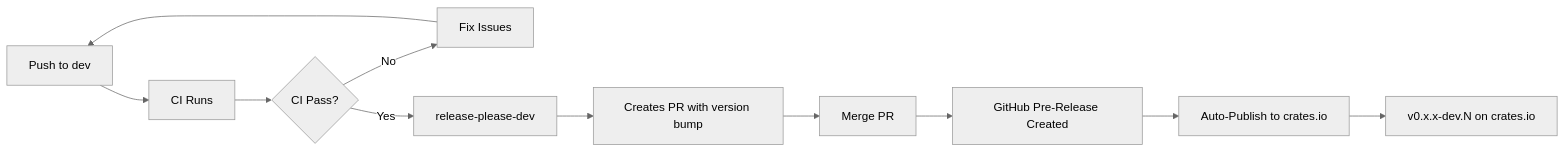
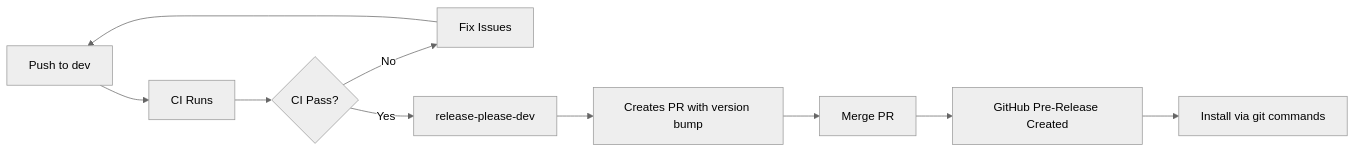
One commit to cpjet64/rappct changed the first of 2 diagrams in WORKFLOW.md. Above: the diagram before and after it, drawn with Mermaid (neutral theme). The commit also changed other lines of this file and 3 other files, not shown here.

First line of the commit message:
docs: remove dev publishing to crates.io, switch to git-only distribution

````diff
--- a/WORKFLOW.md
+++ b/WORKFLOW.md
@@ -27,13 +27,12 @@
 ```mermaid
 graph LR
     A[Push to dev] --> B[CI Runs]
     B --> C{CI Pass?}
     C -->|No| D[Fix Issues]
     D --> A
     C -->|Yes| E[release-please-dev]
     E --> F[Creates PR with version bump]
     F --> G[Merge PR]
     G --> H[GitHub Pre-Release Created]
-    H --> I[Auto-Publish to crates.io]
-    I --> J[v0.x.x-dev.N on crates.io]
+    H --> I[Install via git commands]
 ```
````
